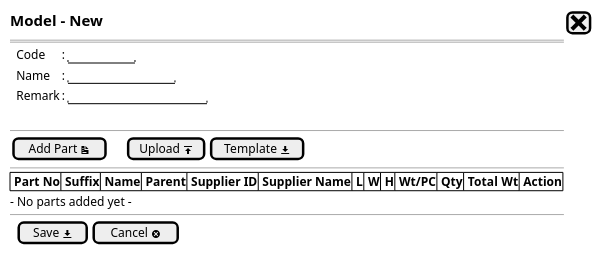
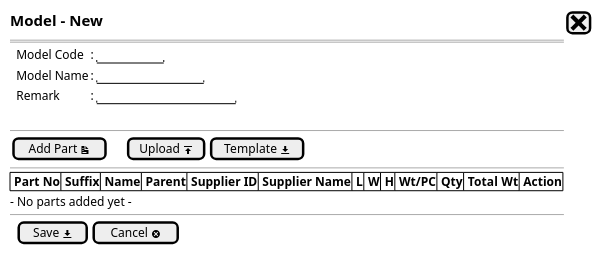
One commit to ari-fikri/packing-cost-mockup changed the diagram in Model/model - newstep1.puml. Above: the diagram before and after it, drawn with PlantUML. The commit also changed 5 other files, not shown here.

Commit message:
- rename code menjadi model code - rename name menjadi model name - update ouput di grid view menggunakan data real

```diff
--- a/Model/model - newstep1.puml
+++ b/Model/model - newstep1.puml
@@ -1,27 +1,27 @@
 @startsalt
 {
   <size:15><b>Model - New |[<size:25><&x>]|*
   ==
   
   {   
-    .|Code           |: |"        "|*
-    .|Name           |: |"             "| *
+    .|Model Code |: |"        "|*
+    .|Model Name |: |"             "| *
     .|Remark     |: |"                 "|*
   }
   .
 --
   {
     [Add Part <&document>]|.|.|.|[Upload <&data-transfer-upload>]| [Template <&data-transfer-download>]|
   }
   --
   {#
     |<b> Part No |<b> Suffix |<b> Name |<b> Parent |<b> Supplier ID |<b> Supplier Name |<b> L |<b> W |<b> H |<b> Wt/PC |<b> Qty |<b> Total Wt |<b> Action |*|*|*|*|*|*|*
   }
   - No parts added yet -
   --
   {
   .|[ Save <&data-transfer-download>] |  [Cancel <&circle-x> ]|*
   }
 }
 
   @endsalt
```
